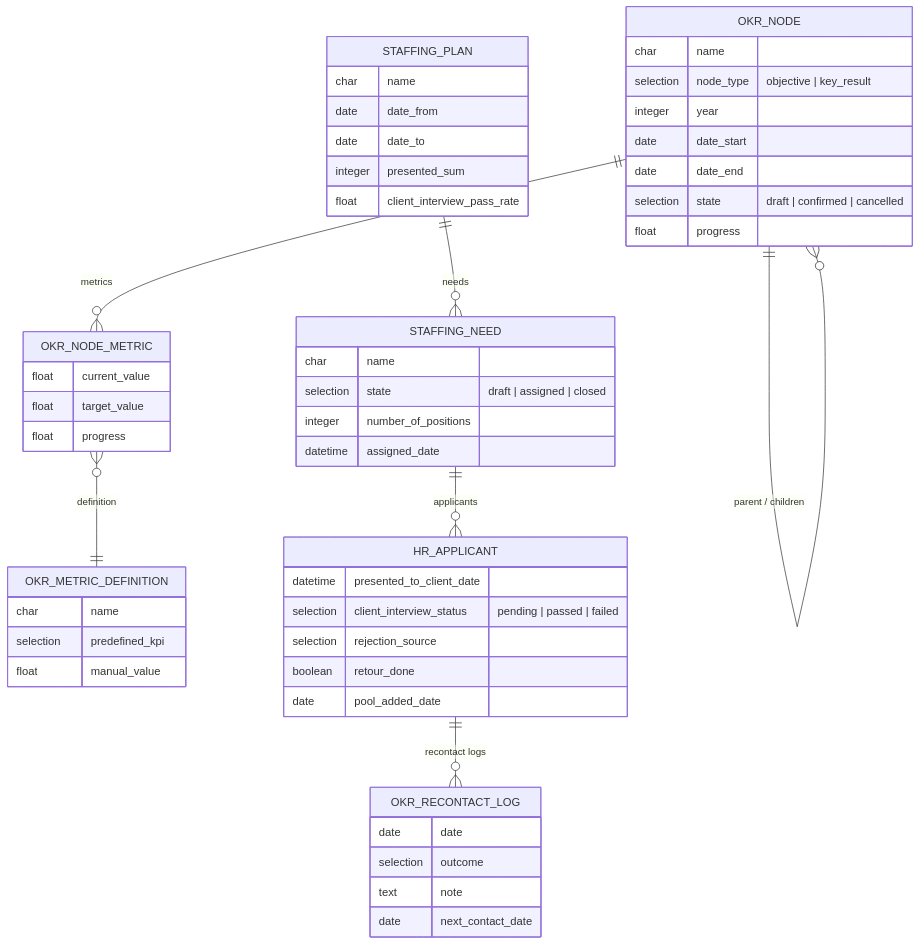
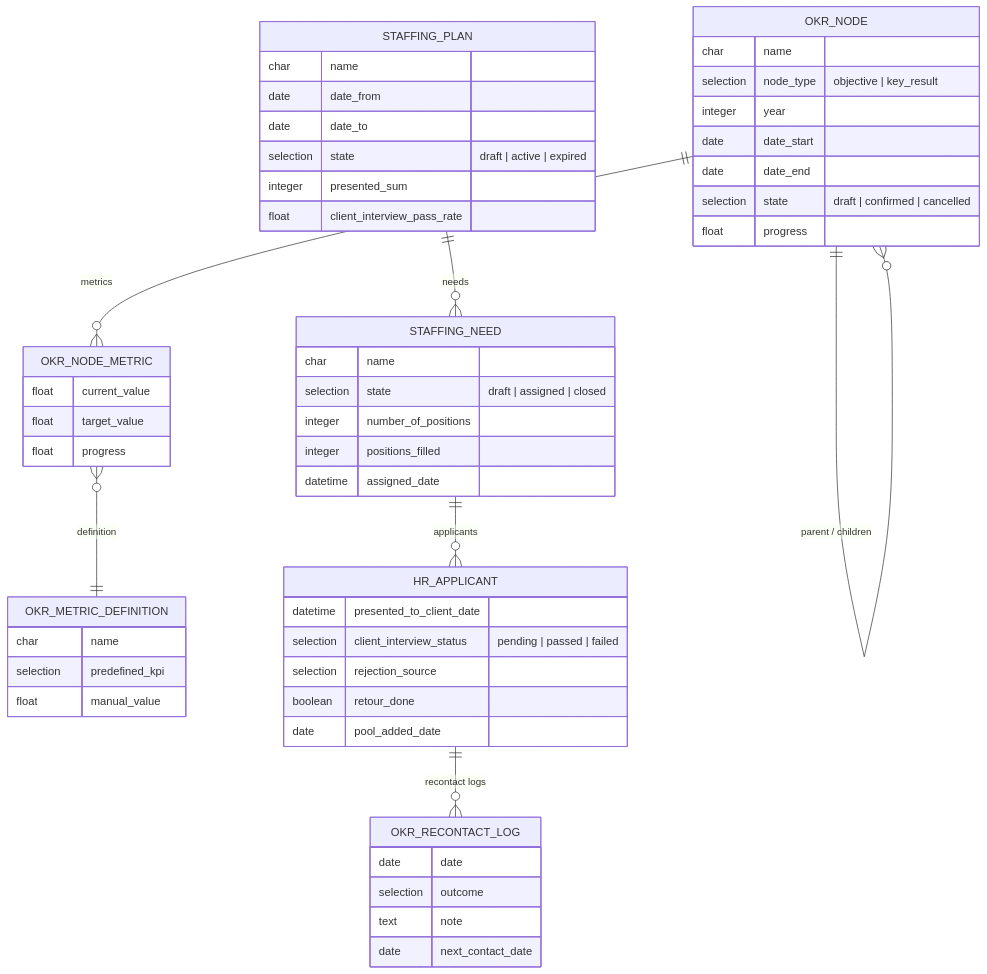
The diagram in achmitech_okr/README.md (achmitech/achmitech), drawn with Mermaid before and after one commit. The commit also changed other lines of this file, not shown here.

````diff
--- a/achmitech_okr/README.md
+++ b/achmitech_okr/README.md
@@ -21,62 +21,64 @@
 ```mermaid
 erDiagram
 
     OKR_NODE {
         char        name
         selection   node_type       "objective | key_result"
         integer     year
         date        date_start
         date        date_end
         selection   state           "draft | confirmed | cancelled"
         float       progress
     }
 
     OKR_NODE_METRIC {
         float   current_value
         float   target_value
         float   progress
     }
 
     OKR_METRIC_DEFINITION {
         char        name
         selection   predefined_kpi
         float       manual_value
     }
 
     STAFFING_PLAN {
-        char    name
-        date    date_from
-        date    date_to
-        integer presented_sum
-        float   client_interview_pass_rate
+        char        name
+        date        date_from
+        date        date_to
+        selection   state                       "draft | active | expired"
+        integer     presented_sum
+        float       client_interview_pass_rate
     }
 
     STAFFING_NEED {
         char        name
-        selection   state           "draft | assigned | closed"
+        selection   state               "draft | assigned | closed"
         integer     number_of_positions
+        integer     positions_filled
         datetime    assigned_date
     }
 
     HR_APPLICANT {
         datetime    presented_to_client_date
         selection   client_interview_status  "pending | passed | failed"
         selection   rejection_source
         boolean     retour_done
         date        pool_added_date
     }
 
     OKR_RECONTACT_LOG {
         date        date
         selection   outcome
         text        note
         date        next_contact_date
     }
 
     OKR_NODE            ||--o{    OKR_NODE            : "parent / children"
     OKR_NODE            ||--o{    OKR_NODE_METRIC     : "metrics"
     OKR_NODE_METRIC     }o--||    OKR_METRIC_DEFINITION : "definition"
     STAFFING_PLAN       ||--o{    STAFFING_NEED       : "needs"
     STAFFING_NEED       ||--o{    HR_APPLICANT        : "applicants"
     HR_APPLICANT        ||--o{    OKR_RECONTACT_LOG   : "recontact logs"
 ```
````
